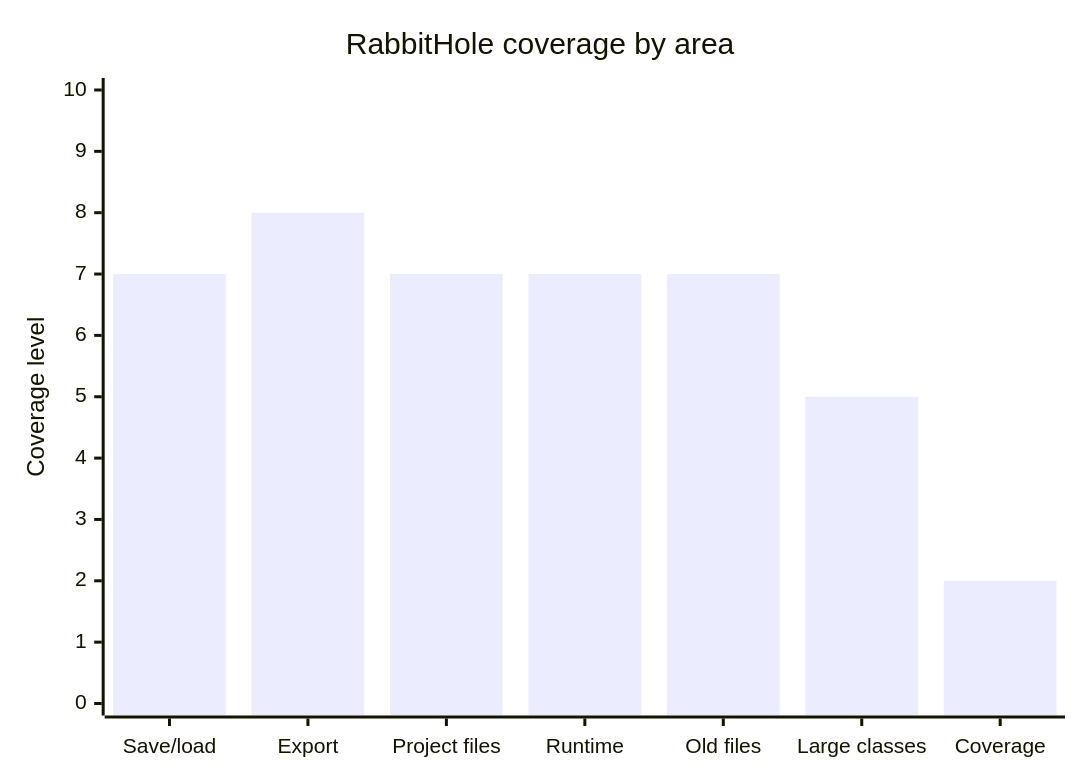
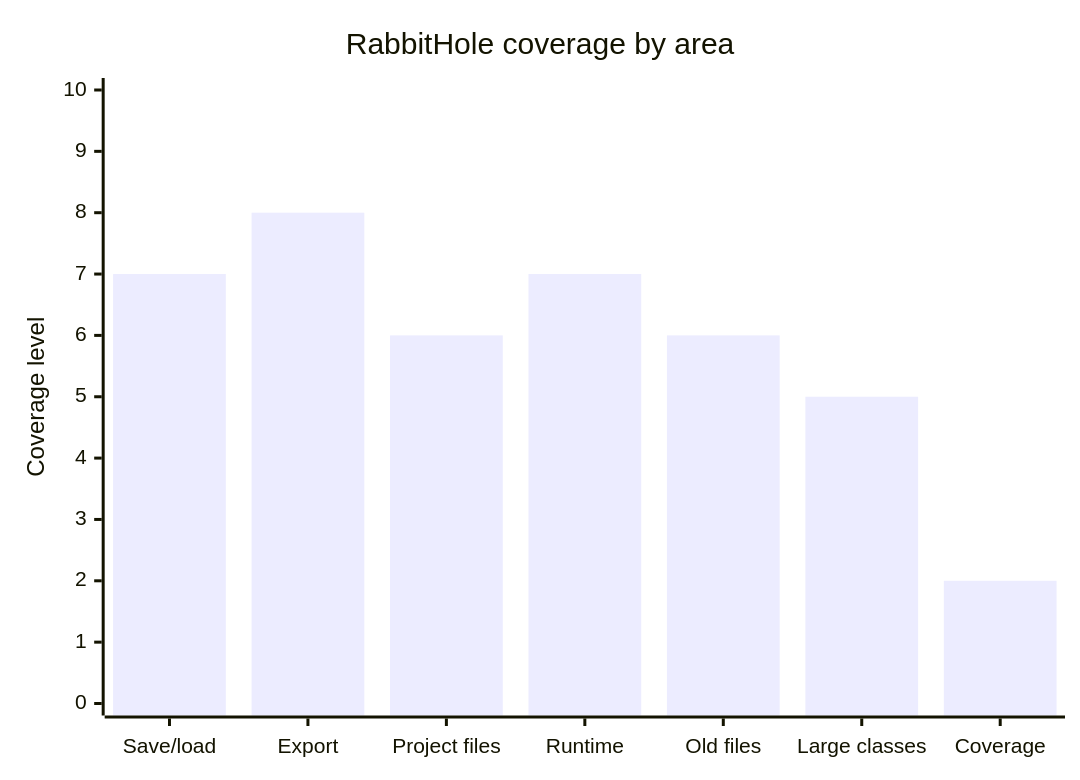
Before and after one commit to rysweet/drinkme: the third of 6 diagrams in README.md, drawn with Mermaid. The commit also changed other lines of this file and 1 other file, not shown here.

````diff
--- a/README.md
+++ b/README.md
@@ -76,7 +76,7 @@
 ```mermaid
 xychart-beta
   title "RabbitHole coverage by area"
   x-axis ["Save/load", "Export", "Project files", "Runtime", "Old files", "Large classes", "Coverage"]
   y-axis "Coverage level" 0 --> 10
-  bar [7, 8, 7, 7, 7, 5, 2]
+  bar [7, 8, 6, 7, 6, 5, 2]
 ```
````
